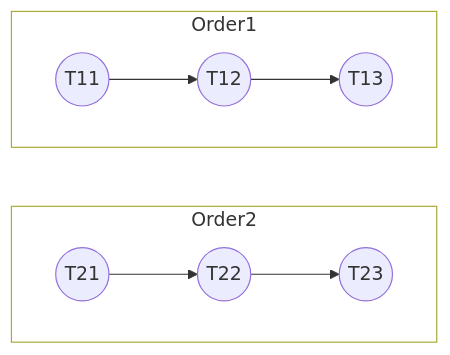
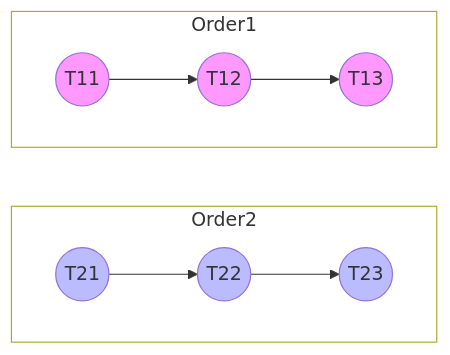
Before and after one commit to zen-xu/obsidian: the first of 2 diagrams in 100 Notes/金融量化/交易所业务/SH L2 Order & Trade 关系.md, drawn with Mermaid. The commit also changed other lines of this file, not shown here.

````diff
--- a/100 Notes/金融量化/交易所业务/SH L2 Order & Trade 关系.md
+++ b/100 Notes/金融量化/交易所业务/SH L2 Order & Trade 关系.md
@@ -6,25 +6,29 @@
 ```mermaid
 flowchart TD
 
   T11@{ shape: circle}
   T12@{ shape: circle}
   T13@{ shape: circle}
   T21@{ shape: circle}
   T22@{ shape: circle}
   T23@{ shape: circle}
 
   subgraph Order1
     direction LR
     T11 --> T12 --> T13
   end
 
   subgraph Order2
     direction LR
     T21 --> T22 --> T23
   end
 
   Order1 ~~~ Order2
   
-  style Order1 fill:None
-  style Order2 fill:None
+  style Order1 fill:None;
+  style Order2 fill:None;
+  classDef order1 fill:#f9f;
+  classDef order2 fill:#bbf;
+  class T11,T12,T13 order1;
+  class T21,T22,T23 order2;
 ```
````
